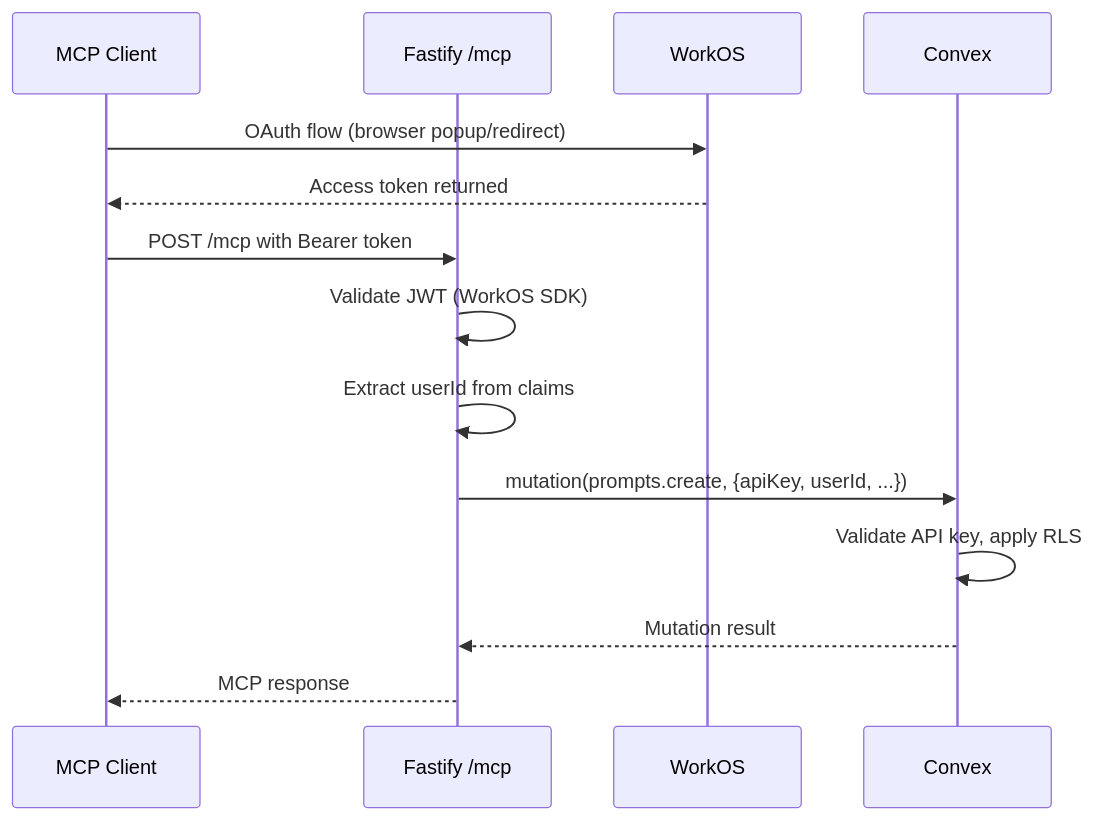
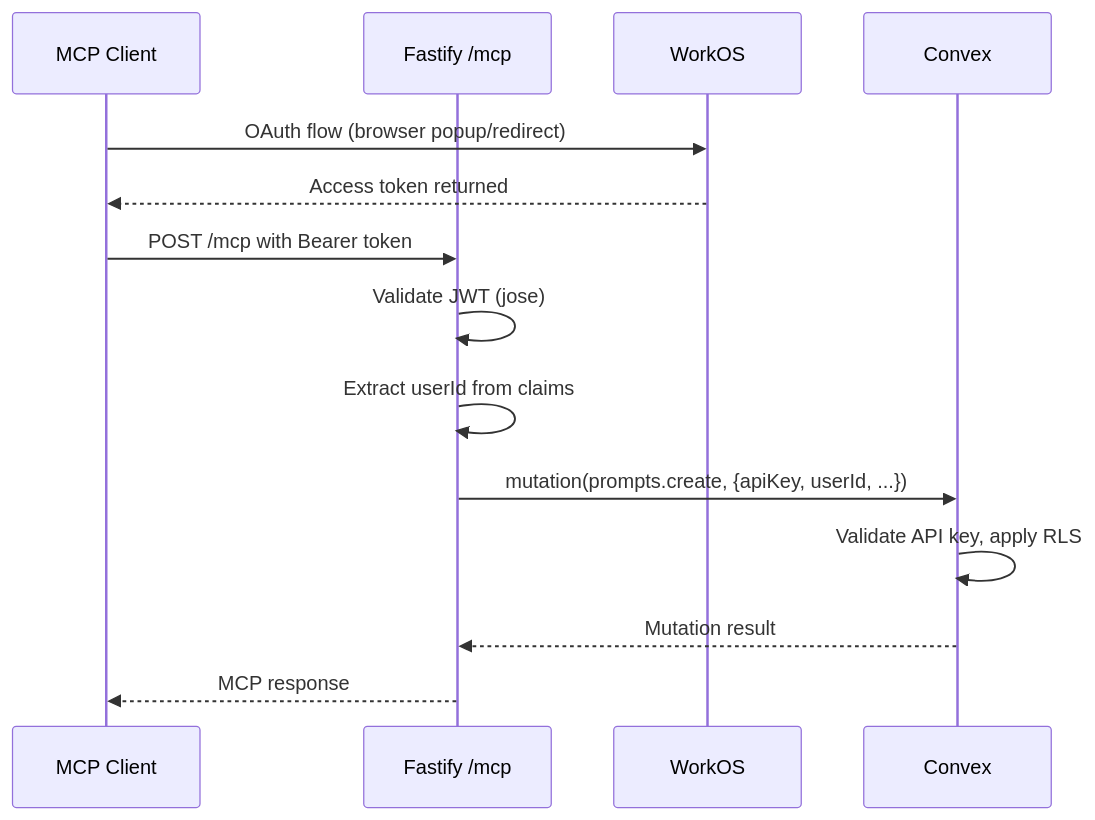
One commit to liminal-ai/liminaldb changed the third of 6 diagrams in docs/architecture.md. Above: the diagram before and after it, drawn with Mermaid. The commit also changed other lines of this file and 2 other files, not shown here.

First line of the commit message:
Fix remaining WorkOS SDK references in documentation

````diff
--- a/docs/architecture.md
+++ b/docs/architecture.md
@@ -327,17 +327,17 @@
 ```mermaid
 sequenceDiagram
     participant M as MCP Client
     participant F as Fastify /mcp
     participant W as WorkOS
     participant C as Convex
 
     M->>W: OAuth flow (browser popup/redirect)
     W-->>M: Access token returned
     M->>F: POST /mcp with Bearer token
-    F->>F: Validate JWT (WorkOS SDK)
+    F->>F: Validate JWT (jose)
     F->>F: Extract userId from claims
     F->>C: mutation(prompts.create, {apiKey, userId, ...})
     C->>C: Validate API key, apply RLS
     C-->>F: Mutation result
     F-->>M: MCP response
 ```
````
